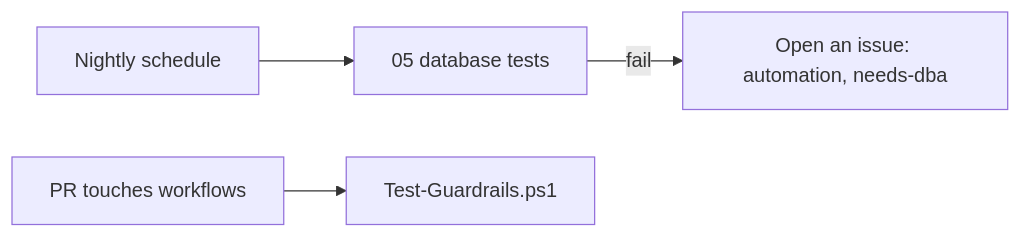
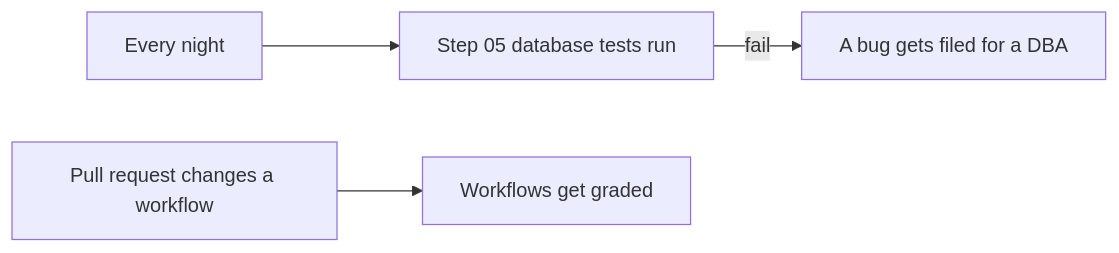
One commit to amyabelsql/DayOfData_Portland_2026 changed the diagram in 07_Guardrails/README.md. Above: the diagram before and after it, drawn with Mermaid. The commit also changed other lines of this file and 35 other files, not shown here.

````diff
--- a/07_Guardrails/README.md
+++ b/07_Guardrails/README.md
@@ -18,6 +26,6 @@
 ```mermaid
 flowchart LR
-    N[Nightly schedule] --> T[05 database tests]
-    T -- fail --> I[Open an issue: automation, needs-dba]
-    PR[PR touches workflows] --> G[Test-Guardrails.ps1]
+    N[Every night] --> T[Step 05 database tests run]
+    T -- fail --> I[A bug gets filed for a DBA]
+    PR[Pull request changes a workflow] --> G[Workflows get graded]
 ```
````
